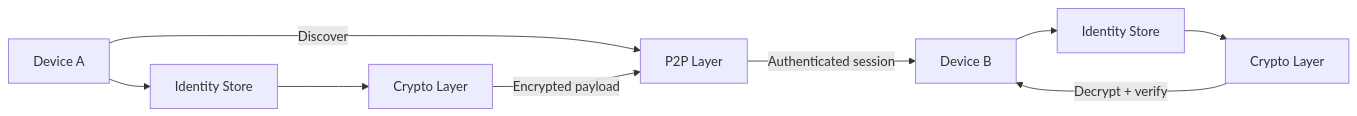
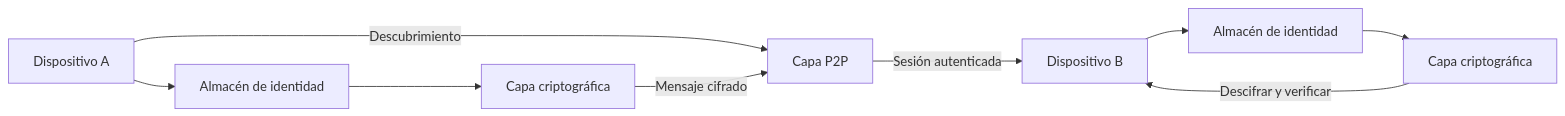
The diagram in labs/onyxkode-security-lab/README.md (frangonzas/frangonzas), drawn with Mermaid before and after one commit. The commit also changed other lines of this file and 3 other files, not shown here.

````diff
--- a/labs/onyxkode-security-lab/README.md
+++ b/labs/onyxkode-security-lab/README.md
@@ -35,11 +35,11 @@
-```mermaid
+~~~mermaid
 flowchart LR
-    A[Device A] -->|Discover| B[P2P Layer]
-    B -->|Authenticated session| C[Device B]
-    A --> D[Identity Store]
-    C --> E[Identity Store]
-    D --> F[Crypto Layer]
-    E --> G[Crypto Layer]
-    F -->|Encrypted payload| B
-    G -->|Decrypt + verify| C
-```
+    A[Dispositivo A] -->|Descubrimiento| B[Capa P2P]
+    B -->|Sesión autenticada| C[Dispositivo B]
+    A --> D[Almacén de identidad]
+    C --> E[Almacén de identidad]
+    D --> F[Capa criptográfica]
+    E --> G[Capa criptográfica]
+    F -->|Mensaje cifrado| B
+    G -->|Descifrar y verificar| C
+~~~
````
